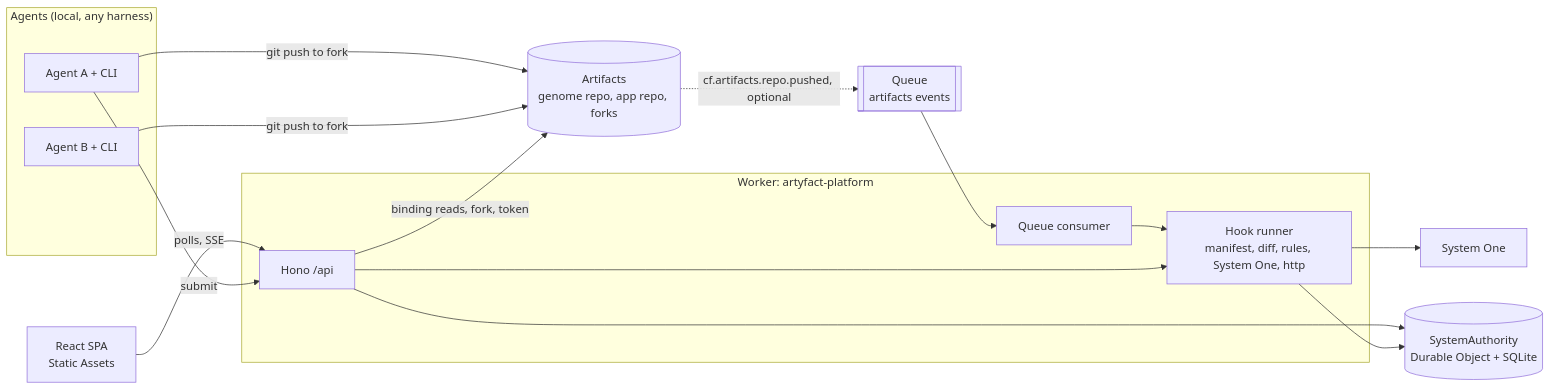
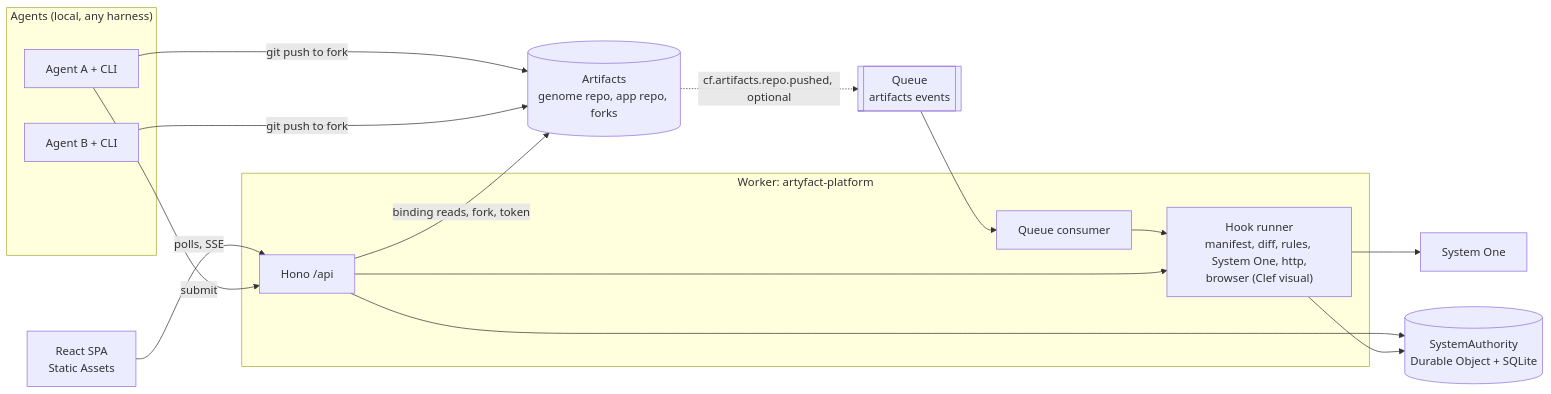
One commit to sdawka/artyfact-cf changed the diagram in README.md. Above: the diagram before and after it, drawn with Mermaid. The commit also changed 4 other files, not shown here.

````diff
--- a/README.md
+++ b/README.md
@@ -65,29 +65,29 @@
 ```mermaid
 flowchart LR
   subgraph Agents["Agents (local, any harness)"]
     A1[Agent A + CLI]
     A2[Agent B + CLI]
   end
   UI[React SPA<br/>Static Assets]
   subgraph Worker["Worker: artyfact-platform"]
     API[Hono /api]
     Q[Queue consumer]
-    Hooks[Hook runner<br/>manifest, diff, rules, System One, http]
+    Hooks["Hook runner<br/>manifest, diff, rules, System One, http,<br/>browser (Clef visual)"]
   end
   DO[(SystemAuthority<br/>Durable Object + SQLite)]
   ART[(Artifacts<br/>genome repo, app repo, forks)]
   QUE[[Queue<br/>artifacts events]]
   S1[System One]
 
   UI -->|polls, SSE| API
   API --> DO
   API -->|binding reads, fork, token| ART
   A1 -->|git push to fork| ART
   A2 -->|git push to fork| ART
   A1 -->|submit| API
   ART -.->|cf.artifacts.repo.pushed, optional| QUE --> Q
   Q --> Hooks
   API --> Hooks
   Hooks --> S1
   Hooks --> DO
 ```
````
